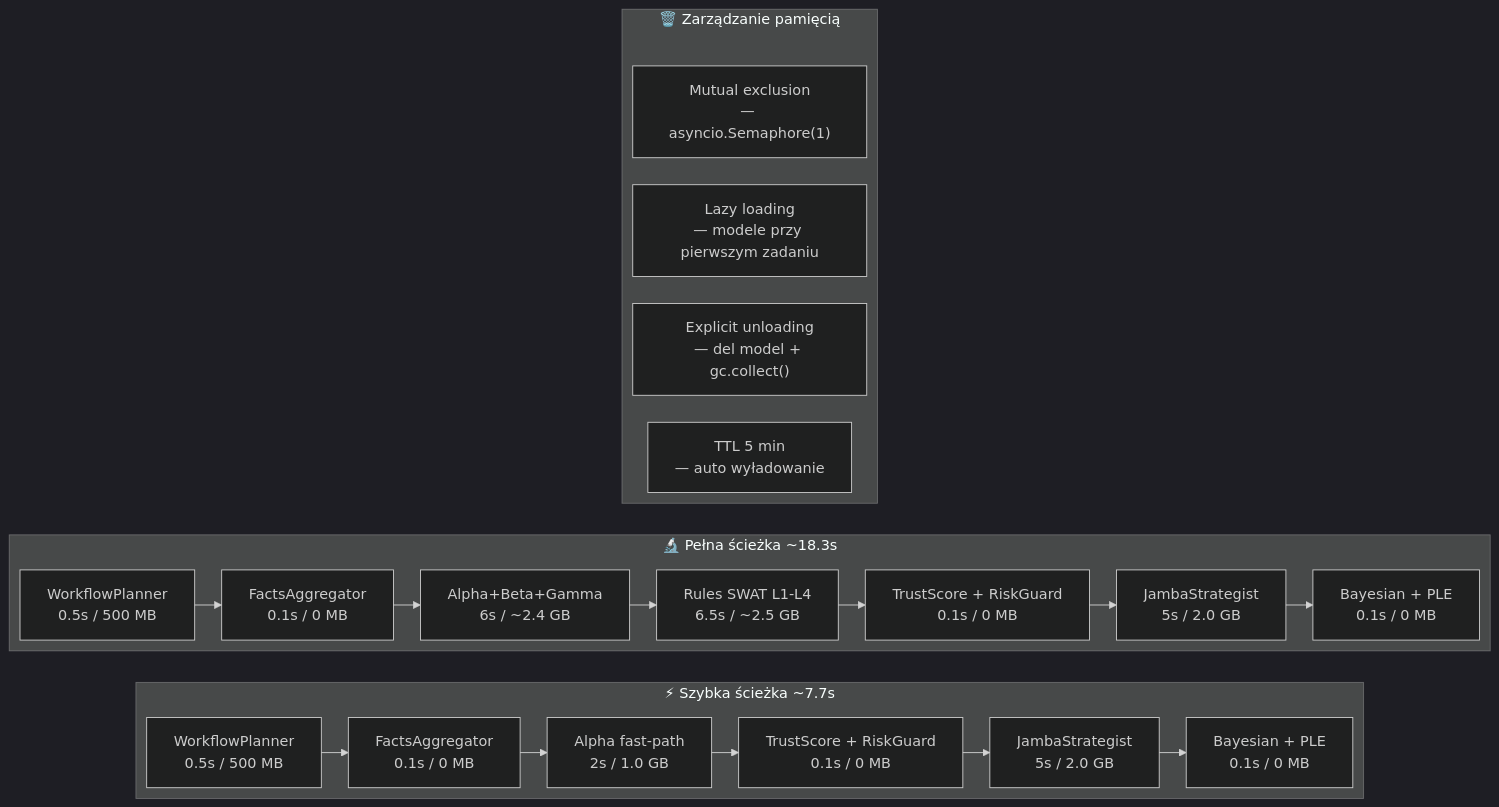
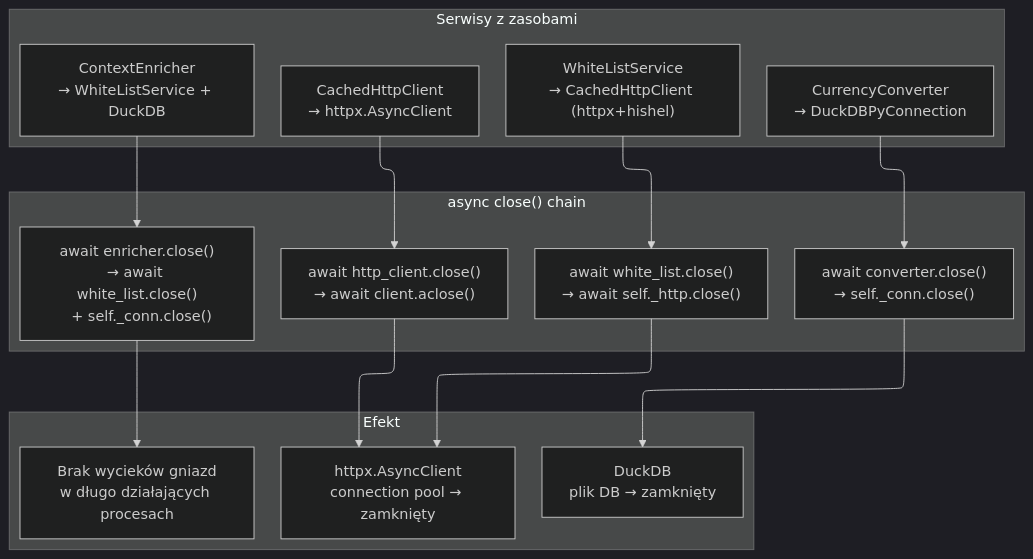
One commit to Gorski-Maciej/NexusAI changed the ninth of 10 diagrams in docs/ARCHITECTURE_DIAGRAM.md. Above: the diagram before and after it, drawn with Mermaid. The commit also changed other lines of this file and 74 other files, not shown here.

````diff
--- a/docs/ARCHITECTURE_DIAGRAM.md
+++ b/docs/ARCHITECTURE_DIAGRAM.md
@@ -400,31 +495,33 @@
 ```mermaid
 %%{init: {"flowchart": {"defaultRenderer": "elk"}, "theme": "dark"}}%%
-flowchart LR
-    subgraph FastPath["⚡ Szybka ścieżka ~7.7s"]
-        F1["WorkflowPlanner\n0.5s / 500 MB"]
-        F2["FactsAggregator\n0.1s / 0 MB"]
-        F3["Alpha fast-path\n2s / 1.0 GB"]
-        F4["TrustScore + RiskGuard\n0.1s / 0 MB"]
-        F5["JambaStrategist\n5s / 2.0 GB"]
-        F6["Bayesian + PLE\n0.1s / 0 MB"]
-        F1 --> F2 --> F3 --> F4 --> F5 --> F6
+flowchart TB
+    subgraph Services["Serwisy z zasobami"]
+        WLS["WhiteListService\n→ CachedHttpClient (httpx+hishel)"]
+        CC["CurrencyConverter\n→ DuckDBPyConnection"]
+        CE["ContextEnricher\n→ WhiteListService + DuckDB"]
+        CHC["CachedHttpClient\n→ httpx.AsyncClient"]
     end
 
-    subgraph FullPath["🔬 Pełna ścieżka ~18.3s"]
-        L1["WorkflowPlanner\n0.5s / 500 MB"]
-        L2["FactsAggregator\n0.1s / 0 MB"]
-        L3["Alpha+Beta+Gamma\n6s / ~2.4 GB"]
-        L4["Rules SWAT L1-L4\n6.5s / ~2.5 GB"]
-        L5["TrustScore + RiskGuard\n0.1s / 0 MB"]
-        L6["JambaStrategist\n5s / 2.0 GB"]
-        L7["Bayesian + PLE\n0.1s / 0 MB"]
-        L1 --> L2 --> L3 --> L4 --> L5 --> L6 --> L7
+    subgraph Close["async close() chain"]
+        C1["await white_list.close()\n→ await self._http.close()"]
+        C2["await converter.close()\n→ self._conn.close()"]
+        C3["await enricher.close()\n→ await white_list.close()\n  + self._conn.close()"]
+        C4["await http_client.close()\n→ await client.aclose()"]
     end
 
-    subgraph MemMgmt["🗑️ Zarządzanie pamięcią"]
-        M1["Lazy loading\n— modele przy pierwszym zadaniu"]
-        M2["Explicit unloading\n— del model + gc.collect()"]
-        M3["Mutual exclusion\n— asyncio.Semaphore(1)"]
-        M4["TTL 5 min\n— auto wyładowanie"]
+    WLS --> C1
+    CC --> C2
+    CE --> C3
+    CHC --> C4
+
+    subgraph Effect["Efekt"]
+        E1["httpx.AsyncClient\nconnection pool → zamknięty"]
+        E2["DuckDB\nplik DB → zamknięty"]
+        E3["Brak wycieków gniazd\nw długo działających procesach"]
     end
+
+    C1 --> E1
+    C2 --> E2
+    C3 --> E3
+    C4 --> E1
 ```
````
